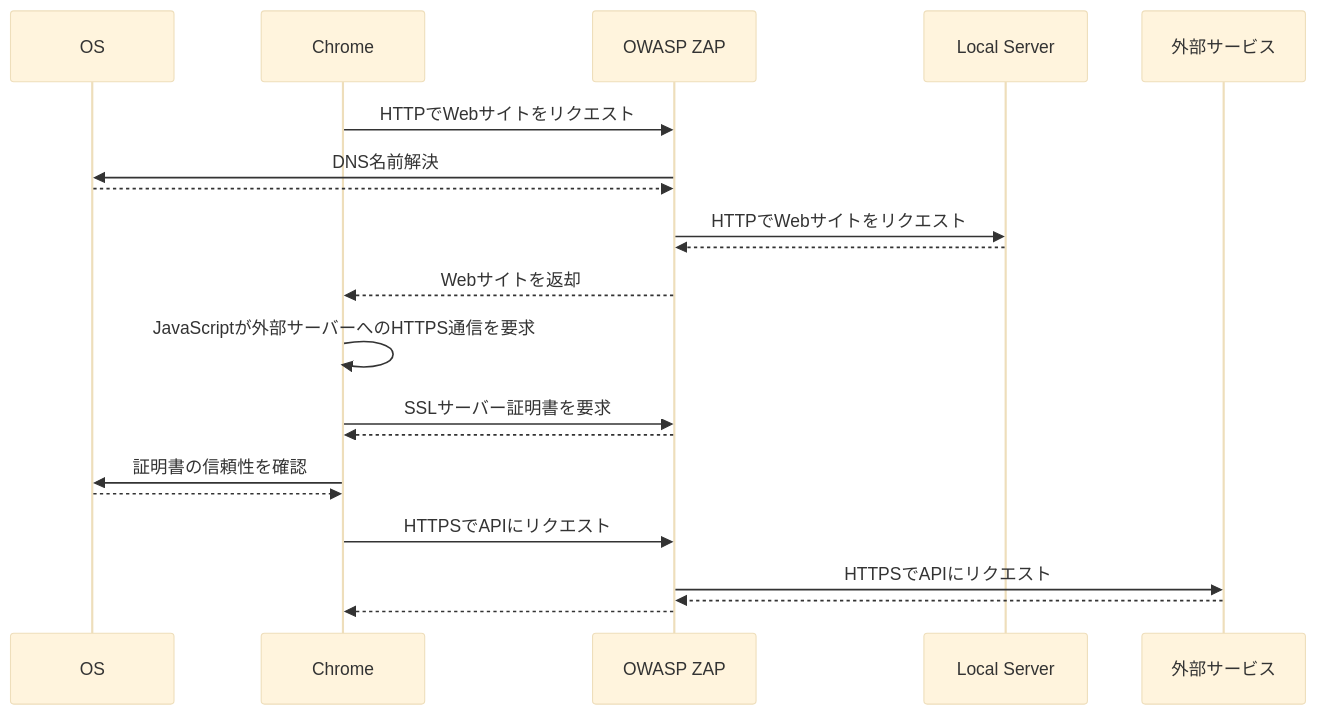
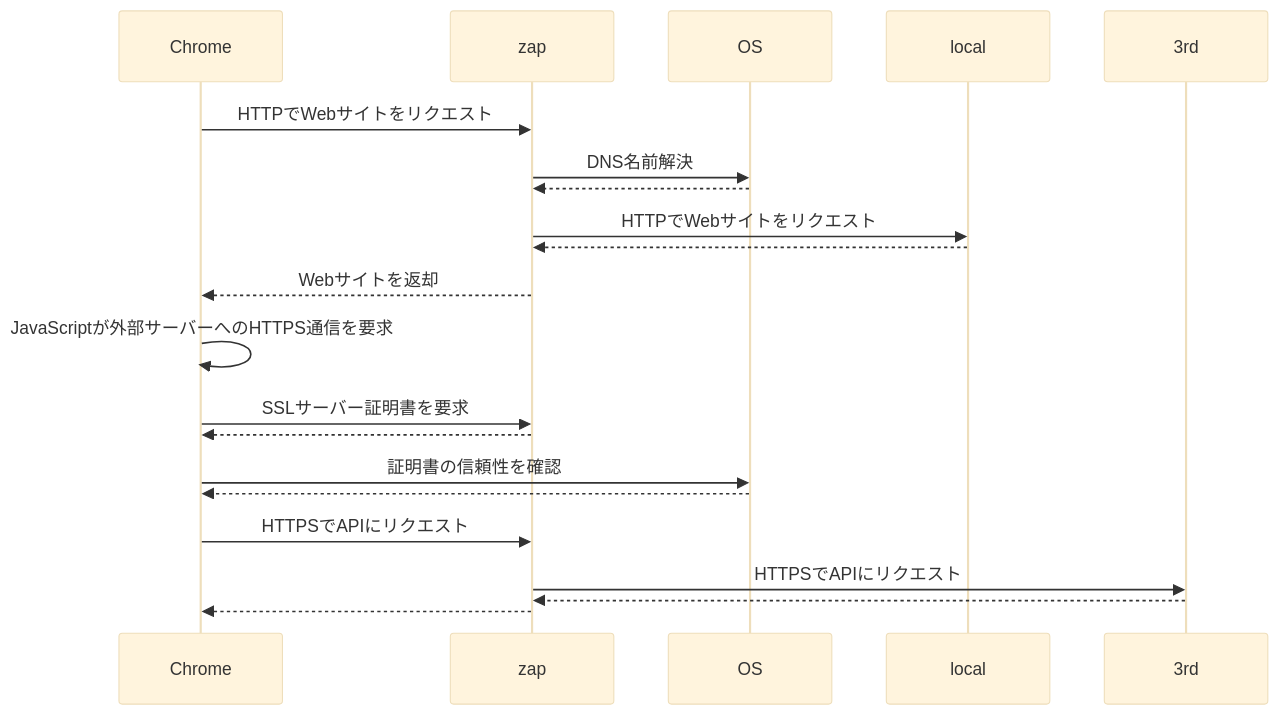
One commit to xhiroga/zenn-content changed the diagram in articles/owasp-zap-localhost-subdomain.md. Above: the diagram before and after it, drawn with Mermaid (base theme). The commit also changed other lines of this file, not shown here.

Commit message:
chore: 試しにparticipant部を除外

````diff
--- a/articles/owasp-zap-localhost-subdomain.md
+++ b/articles/owasp-zap-localhost-subdomain.md
@@ -21,24 +28,18 @@
 ```mermaid
 sequenceDiagram
-    participant OS
-    participant Chrome
-    participant zap as OWASP ZAP
-    participant local as Local Server
-    participant 3rd as 外部サービス
-
     Chrome->>zap: HTTPでWebサイトをリクエスト
     zap->>OS: DNS名前解決
     OS-->>zap: 
     zap->>local: HTTPでWebサイトをリクエスト
     local-->>zap: 
     zap-->>Chrome: Webサイトを返却
     Chrome->>Chrome: JavaScriptが外部サーバーへのHTTPS通信を要求
     Chrome->>zap: SSLサーバー証明書を要求
     zap-->>Chrome: 
     Chrome->>OS: 証明書の信頼性を確認
     OS-->>Chrome: 
     Chrome->>zap: HTTPSでAPIにリクエスト
     zap->>3rd: HTTPSでAPIにリクエスト
     3rd-->>zap: 
     zap-->>Chrome: 
 ```
````
